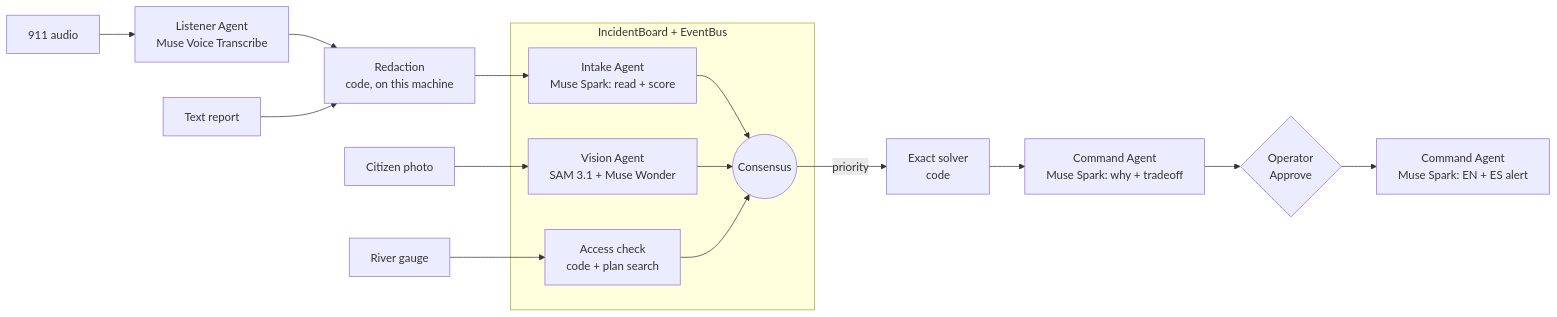
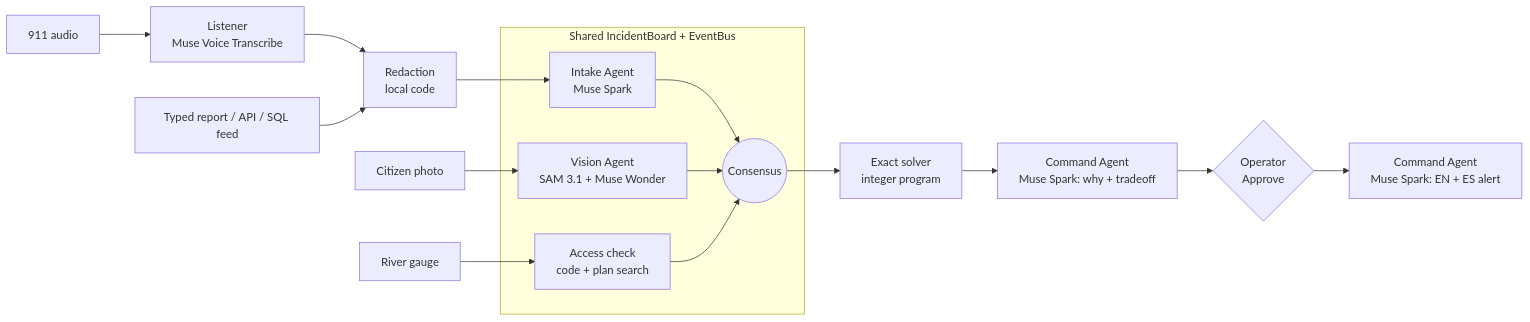
One commit to JulianChaoul16/Swarm_Crisis_Command changed the diagram in README.md. Above: the diagram before and after it, drawn with Mermaid. The commit also changed other lines of this file and 7 other files, not shown here.

````diff
--- a/README.md
+++ b/README.md
@@ -49,18 +70,18 @@
 ```mermaid
 flowchart LR
-  A[911 audio] --> L[Listener Agent<br/>Muse Voice Transcribe]
-  L --> R[Redaction<br/>code, on this machine]
-  T0[Text report] --> R
-  R --> I[Intake Agent<br/>Muse Spark: read + score]
+  A[911 audio] --> L[Listener<br/>Muse Voice Transcribe]
+  L --> R[Redaction<br/>local code]
+  T[Typed report / API / SQL feed] --> R
+  R --> I[Intake Agent<br/>Muse Spark]
   P[Citizen photo] --> V[Vision Agent<br/>SAM 3.1 + Muse Wonder]
   G[River gauge] --> AC
-  subgraph Board[IncidentBoard + EventBus]
+  subgraph Board[Shared IncidentBoard + EventBus]
     I --> C((Consensus))
     V --> C
     AC[Access check<br/>code + plan search] --> C
   end
-  C -->|priority| O[Exact solver<br/>code]
-  O --> K[Command Agent<br/>Muse Spark: why + tradeoff]
+  C --> S[Exact solver<br/>integer program]
+  S --> K[Command Agent<br/>Muse Spark: why + tradeoff]
   K --> H{Operator<br/>Approve}
   H --> M[Command Agent<br/>Muse Spark: EN + ES alert]
 ```
````
